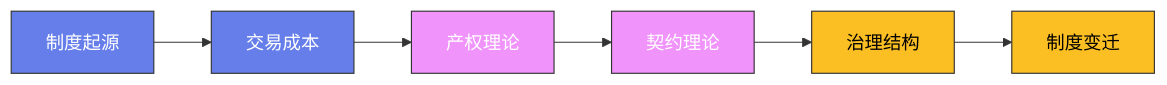
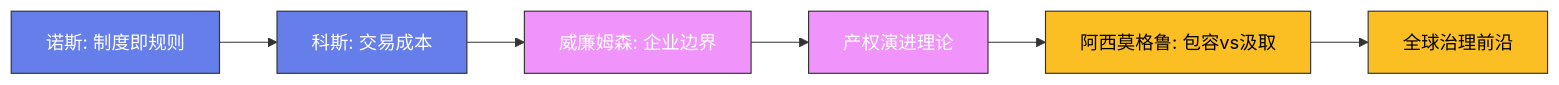
The diagram in content/posts/ModelCreate/经济学与金融/18-制度经济学.md (Fengur/Fengur.github.io), drawn with Mermaid before and after one commit. The commit also changed 118 other files, not shown here.

````diff
--- a/content/posts/ModelCreate/经济学与金融/18-制度经济学.md
+++ b/content/posts/ModelCreate/经济学与金融/18-制度经济学.md
@@ -71,16 +71,16 @@
 ```mermaid
 graph LR
-    A["制度起源"] --> B["交易成本"]
-    B --> C["产权理论"]
-    C --> D["契约理论"]
-    D --> E["治理结构"]
-    E --> F["制度变迁"]
+    A["诺斯: 制度即规则"] --> B["科斯: 交易成本"]
+    B --> C["威廉姆森: 企业边界"]
+    C --> D["产权演进理论"]
+    D --> E["阿西莫格鲁: 包容vs汲取"]
+    E --> F["全球治理前沿"]
 
     classDef early fill:#667eea,stroke:#333,color:white
     classDef mid fill:#f093fb,stroke:#333,color:white
     classDef modern fill:#fbbf24,stroke:#333,color:black
 
     class A,B early
     class C,D mid
     class E,F modern
 ```
````
